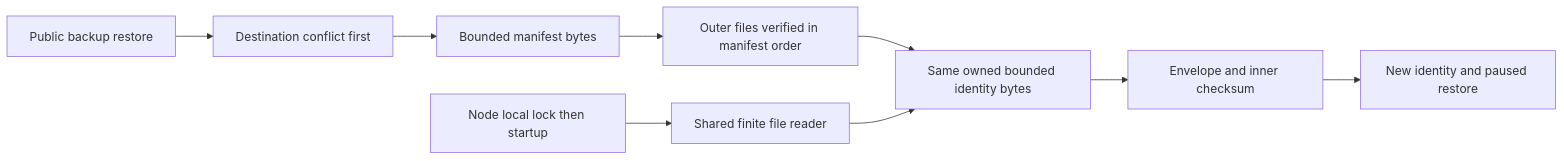
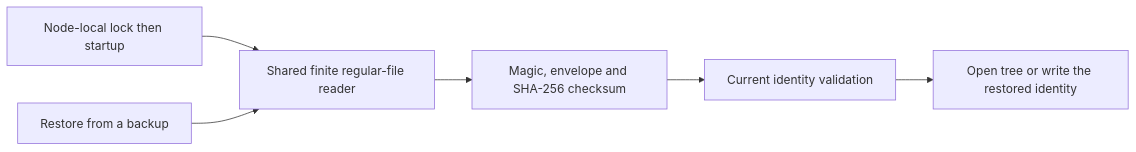
The diagram in docs/ADR/ADR-048-bounded-storage-metadata.md (managedcode/KeyLoad), drawn with Mermaid before and after one commit. The commit also changed other lines of this file and 1072 other files, not shown here.

First line of the commit message:
Use native ZoneTree storage, snapshots and backup operations

````diff
--- a/docs/ADR/ADR-048-bounded-storage-metadata.md
+++ b/docs/ADR/ADR-048-bounded-storage-metadata.md
@@ -16,11 +13,8 @@
 ```mermaid
 flowchart LR
-    Operator[Public backup restore] --> Empty[Destination conflict first]
-    Empty --> Manifest[Bounded manifest bytes]
-    Manifest --> Files[Outer files verified in manifest order]
-    Files --> Identity[Same owned bounded identity bytes]
-    Identity --> Inner[Envelope and inner checksum]
-    Inner --> Create[New identity and paused restore]
-    Startup[Node local lock then startup] --> Reader[Shared finite file reader]
-    Reader --> Identity
+    Startup[Node-local lock then startup] --> Reader[Shared finite regular-file reader]
+    Restore[Restore from a backup] --> Reader
+    Reader --> Envelope[Magic, envelope and SHA-256 checksum]
+    Envelope --> Identity[Current identity validation]
+    Identity --> Open[Open tree or write the restored identity]
 ```
````
